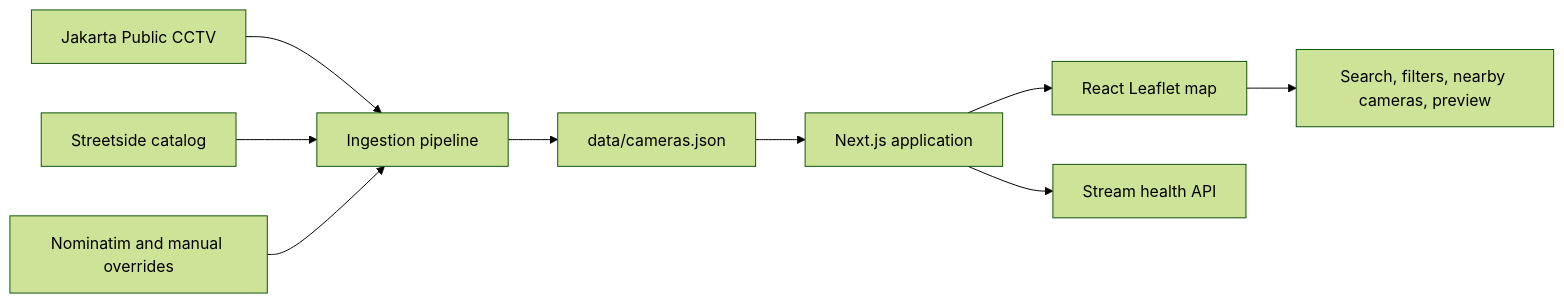
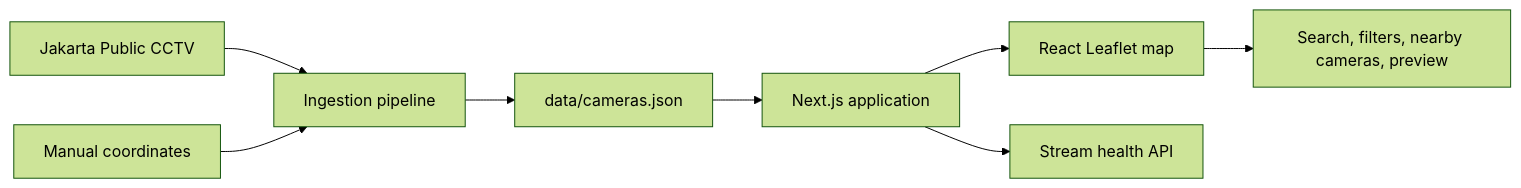
One commit to said-rasidin/jakarta-cctv-map changed the first of 2 diagrams in README.md. Above: the diagram before and after it, drawn with Mermaid (forest theme). The commit also changed other lines of this file and 34 other files, not shown here.

````diff
--- a/README.md
+++ b/README.md
@@ -40,11 +41,10 @@
 ```mermaid
 flowchart LR
     A[Jakarta Public CCTV] --> D[Ingestion pipeline]
-    B[Streetside catalog] --> D
-    C[Nominatim and manual overrides] --> D
+    C[Manual coordinates] --> D
     D --> E[data/cameras.json]
     E --> F[Next.js application]
     F --> G[React Leaflet map]
     F --> H[Stream health API]
     G --> I[Search, filters, nearby cameras, preview]
 ```
````
